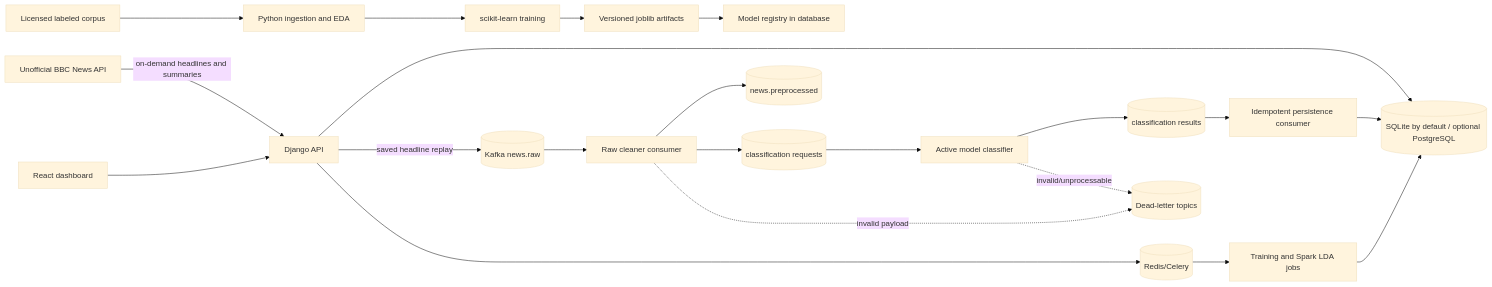
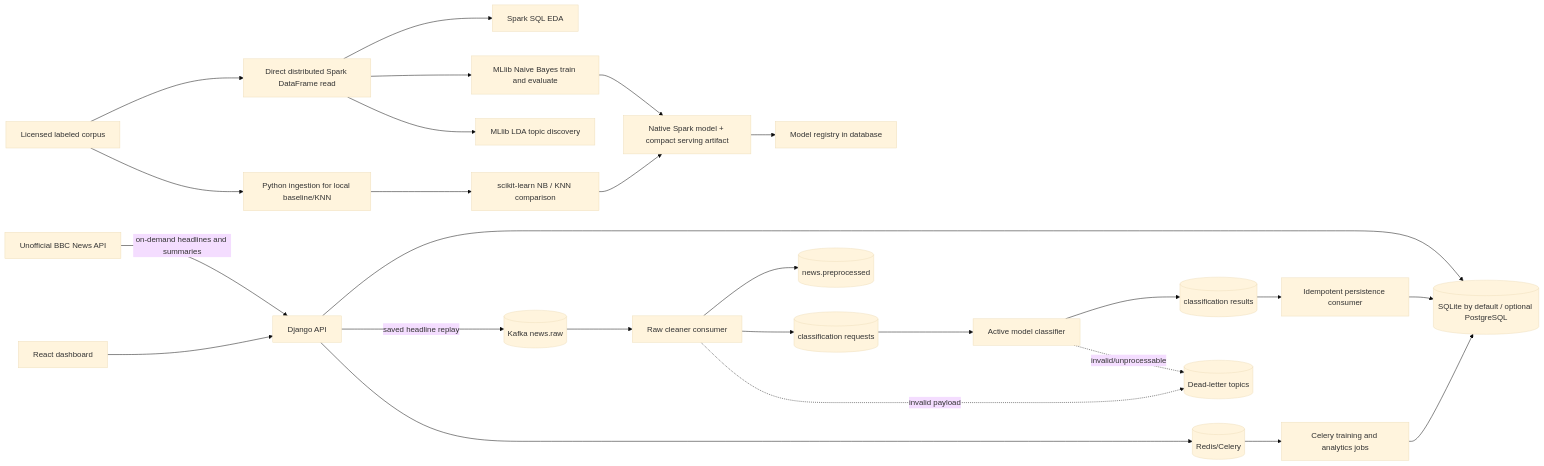
One commit to Bouchask/news-intelligence changed the diagram in docs/architecture.md. Above: the diagram before and after it, drawn with Mermaid (base theme). The commit also changed other lines of this file and 14 other files, not shown here.

Commit message:
Integrate distributed Spark MLlib training and analytics

````diff
--- a/docs/architecture.md
+++ b/docs/architecture.md
@@ -5,23 +5,28 @@
 ```mermaid
 flowchart LR
   BBC[Unofficial BBC News API] -->|on-demand headlines and summaries| Django[Django API]
   Django --> DB[(SQLite by default / optional PostgreSQL)]
   React[React dashboard] --> Django
-  Corpus[Licensed labeled corpus] --> Ingest[Python ingestion and EDA]
-  Ingest --> Train[scikit-learn training]
-  Train --> Artifacts[Versioned joblib artifacts]
+  Corpus[Licensed labeled corpus] --> SparkRead[Direct distributed Spark DataFrame read]
+  SparkRead --> SparkEDA[Spark SQL EDA]
+  SparkRead --> SparkNB[MLlib Naive Bayes train and evaluate]
+  SparkRead --> LDA[MLlib LDA topic discovery]
+  Corpus --> LocalRead[Python ingestion for local baseline/KNN]
+  LocalRead --> Sklearn[scikit-learn NB / KNN comparison]
+  SparkNB --> Artifacts[Native Spark model + compact serving artifact]
+  Sklearn --> Artifacts
   Artifacts --> Registry[Model registry in database]
   Django -->|saved headline replay| Raw[(Kafka news.raw)]
   Raw --> C1[Raw cleaner consumer]
   C1 --> Prep[(news.preprocessed)]
   C1 --> Requests[(classification requests)]
   Requests --> C2[Active model classifier]
   C2 --> Results[(classification results)]
   Results --> C3[Idempotent persistence consumer]
   C3 --> DB
   C1 -. invalid payload .-> DLQ[(Dead-letter topics)]
   C2 -. invalid/unprocessable .-> DLQ
   Django --> Redis[(Redis/Celery)]
-  Redis --> Worker[Training and Spark LDA jobs]
+  Redis --> Worker[Celery training and analytics jobs]
   Worker --> DB
 ```
````
